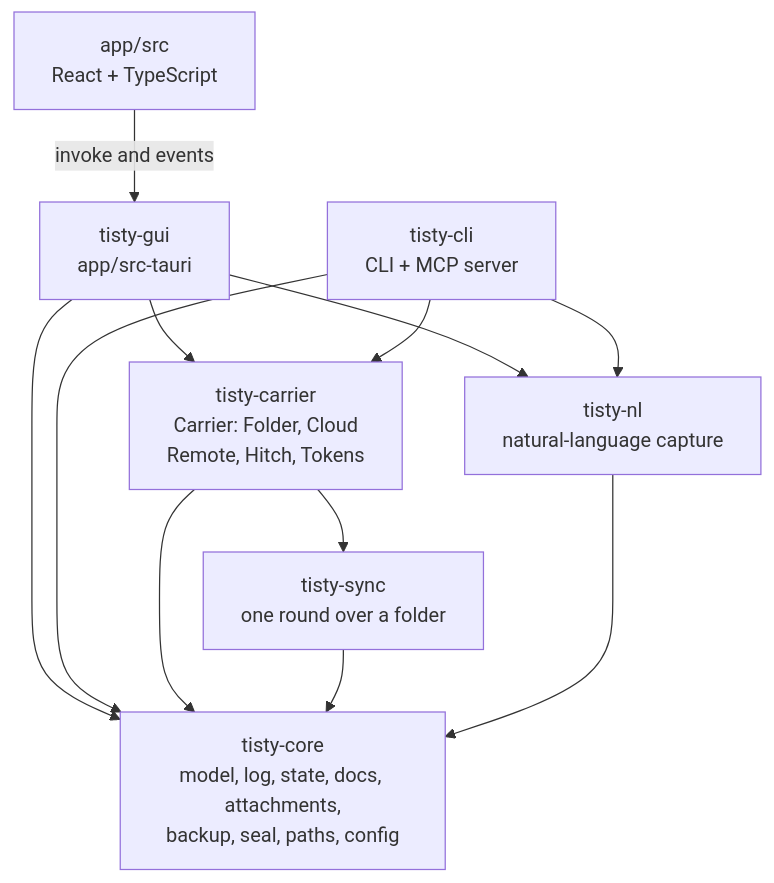
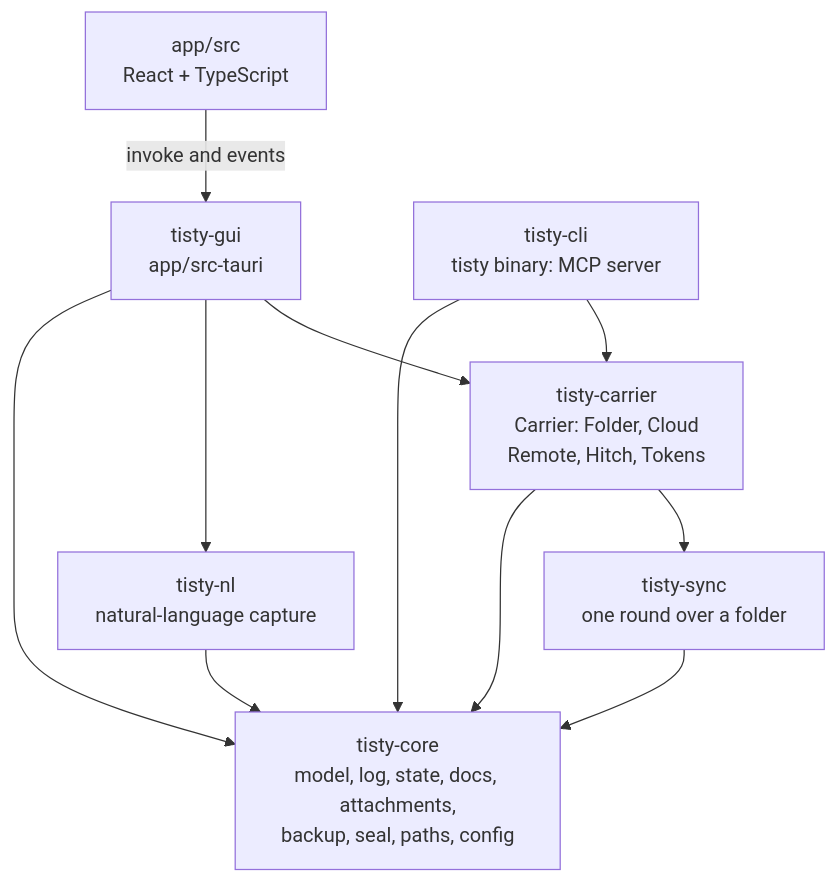
One commit to rgdevment/Tisty changed the first of 10 diagrams in docs/ARCHITECTURE.md. Above: the diagram before and after it, drawn with Mermaid. The commit also changed other lines of this file and 80 other files, not shown here.

First line of the commit message:
feat(cli): retire every command but tisty mcp, and clean what only they used (#333)

````diff
--- a/docs/ARCHITECTURE.md
+++ b/docs/ARCHITECTURE.md
@@ -57,21 +57,20 @@
 ```mermaid
 flowchart TB
   react["app/src<br/>React + TypeScript"]
   gui["tisty-gui<br/>app/src-tauri"]
-  cli["tisty-cli<br/>CLI + MCP server"]
+  cli["tisty-cli<br/>tisty binary: MCP server"]
   carrier["tisty-carrier<br/>Carrier: Folder, Cloud<br/>Remote, Hitch, Tokens"]
   sync["tisty-sync<br/>one round over a folder"]
   nl["tisty-nl<br/>natural-language capture"]
   core["tisty-core<br/>model, log, state, docs, attachments,<br/>backup, seal, paths, config"]
   react -- "invoke and events" --> gui
   gui --> carrier
   gui --> nl
   gui --> core
   cli --> carrier
-  cli --> nl
   cli --> core
   carrier --> sync
   carrier --> core
   sync --> core
   nl --> core
 ```
````
